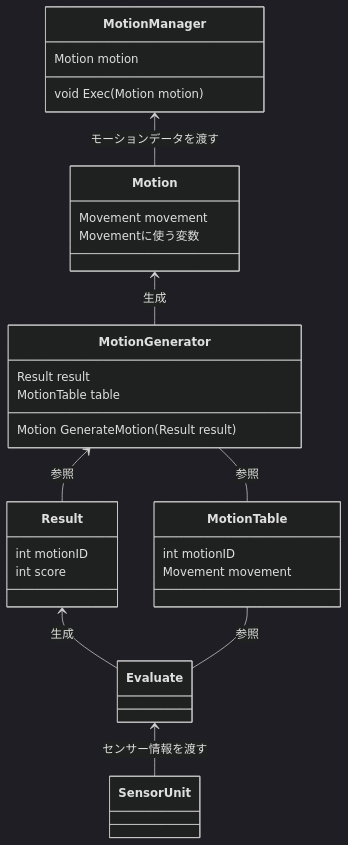
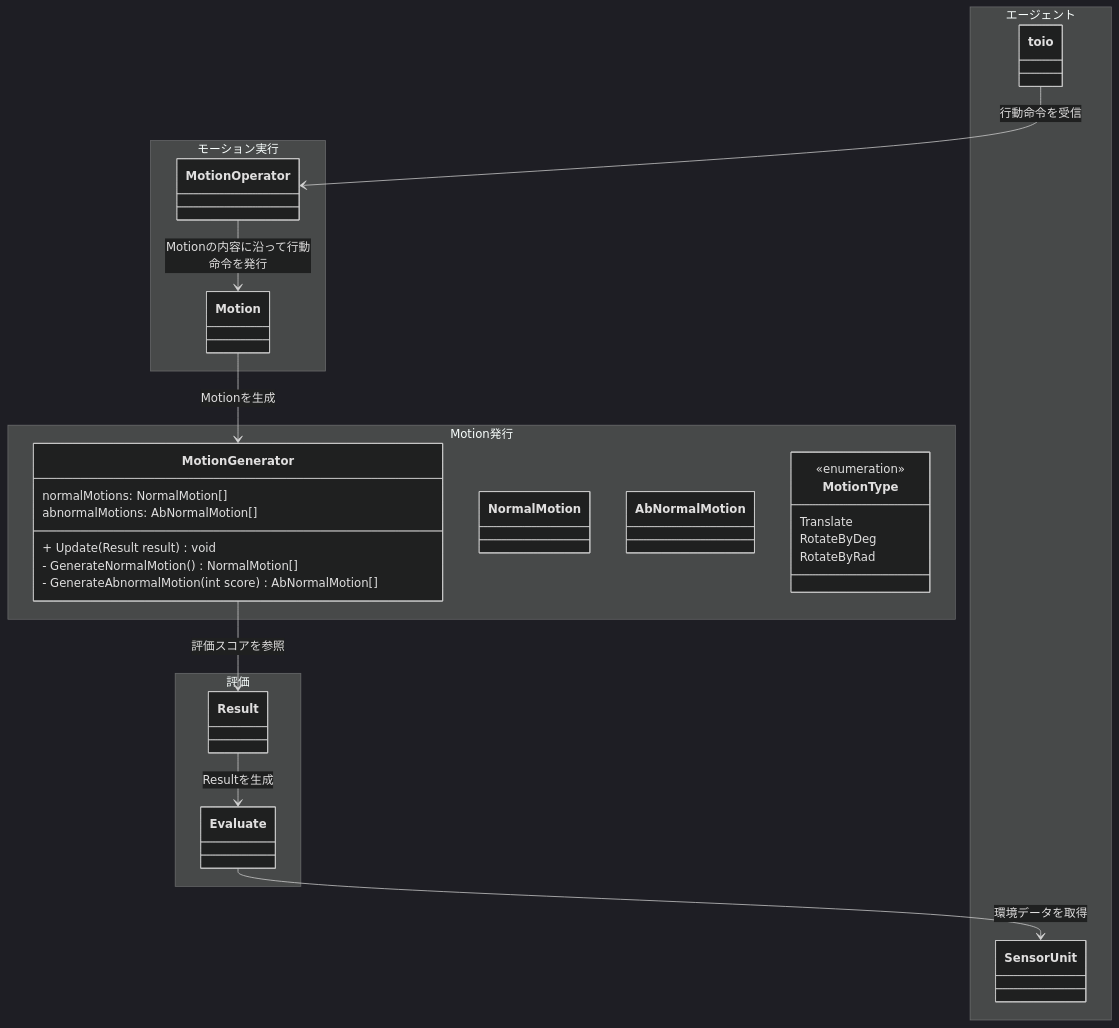
Before and after one commit to Ryuzo-MYU/weak-toio: the diagram in Document/motion_system.md, drawn with Mermaid (dark theme). The commit also changed 3 other files, not shown here.

````diff
--- a/Document/motion_system.md
+++ b/Document/motion_system.md
@@ -1,31 +1,46 @@
 ```mermaid
 classDiagram
-	class MotionManager{
-		Motion motion
-		void Exec(Motion motion)
+	namespace Motion発行{
+		class MotionGenerator{
+		 	normalMotions: NormalMotion[]
+			abnormalMotions: AbNormalMotion[]
+			+ Update(Result result) void
+			- GenerateNormalMotion() NormalMotion[]
+			- GenerateAbnormalMotion(int score) AbNormalMotion[]
+		}
+		class NormalMotion{
+
+		}
+		class AbNormalMotion{
+
+		}
+		class Motion{
+
+		}
+		class MotionType{
+			<<enumeration>>
+			Translate
+			RotateByDeg
+			RotateByRad
+		}
 	}
-	class MotionGenerator{
-			Result result
-			MotionTable table
-			Motion GenerateMotion(Result result)
+	namespace 評価{
+		class Evaluate
+		class Result
 	}
-	class Motion{
-		Movement movement
-		Movementに使う変数
+	namespace エージェント{
+		class toio
+		class SensorUnit
 	}
-	class Result{
-		int motionID
-		int score
+	namespace モーション実行{
+		class MotionOperator
+		class Motion
 	}
-	class MotionTable{
-		int motionID
-		Movement movement
-	}
-	MotionManager <-- Motion : モーションデータを渡す
-	Motion <-- MotionGenerator : 生成
-	Result <-- Evaluate : 生成
-	MotionTable -- Evaluate : 参照
-	MotionGenerator <-- Result : 参照
-	Evaluate <-- SensorUnit : センサー情報を渡す
-	MotionGenerator -- MotionTable : 参照
+
+	Evaluate --> SensorUnit: 環境データを取得
+	Result --> Evaluate: Resultを生成
+	MotionGenerator --> Result: 評価スコアを参照
+	Motion --> MotionGenerator: Motionを生成
+	MotionOperator --> Motion: Motionの内容に沿って行動命令を発行
+	toio --> MotionOperator: 行動命令を受信
 ```
````
